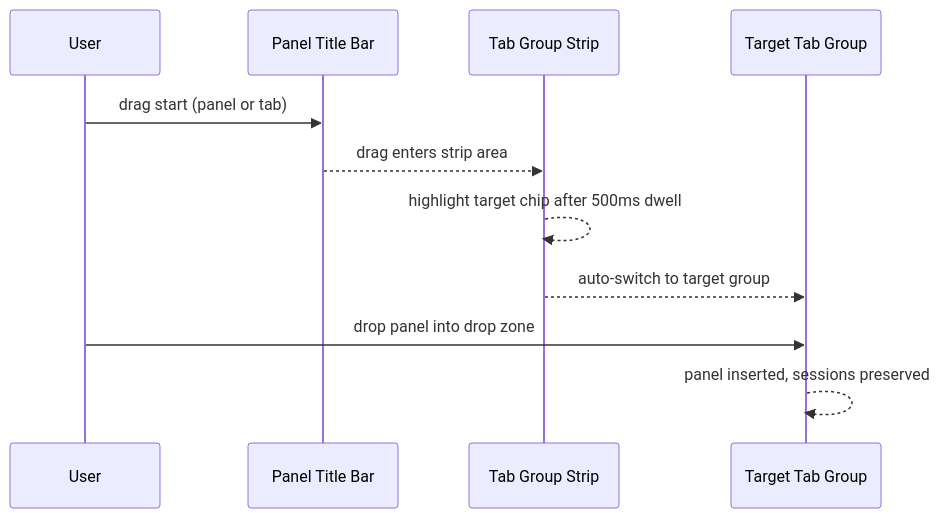
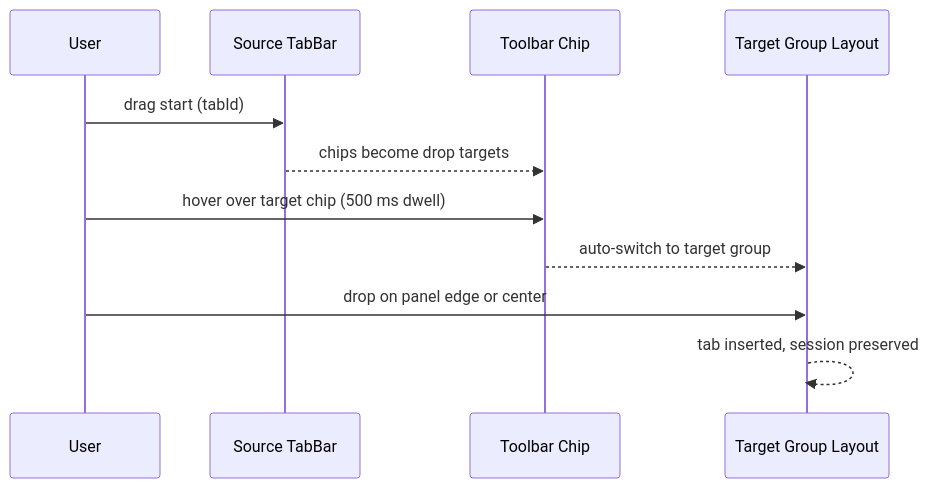
One commit to armaxri/termiHub changed the second of 5 diagrams in docs/concepts/tab-groups.md. Above: the diagram before and after it, drawn with Mermaid. The commit also changed other lines of this file and 14 other files, not shown here.

First line of the commit message:
docs(concept): revise tab-groups concept with toolbar-integrated UI design

````diff
--- a/docs/concepts/tab-groups.md
+++ b/docs/concepts/tab-groups.md
@@ -85,14 +119,14 @@
 ```mermaid
 sequenceDiagram
     participant User
-    participant PanelBar as Panel Title Bar
-    participant Strip as Tab Group Strip
-    participant TargetGroup as Target Tab Group
+    participant TabBar as Source TabBar
+    participant Toolbar as Toolbar Chip
+    participant Target as Target Group Layout
 
-    User->>PanelBar: drag start (panel or tab)
-    PanelBar-->>Strip: drag enters strip area
-    Strip-->>Strip: highlight target chip after 500ms dwell
-    Strip-->>TargetGroup: auto-switch to target group
-    User->>TargetGroup: drop panel into drop zone
-    TargetGroup-->>TargetGroup: panel inserted, sessions preserved
+    User->>TabBar: drag start (tabId)
+    TabBar-->>Toolbar: chips become drop targets
+    User->>Toolbar: hover over target chip (500 ms dwell)
+    Toolbar-->>Target: auto-switch to target group
+    User->>Target: drop on panel edge or center
+    Target-->>Target: tab inserted, session preserved
 ```
````
